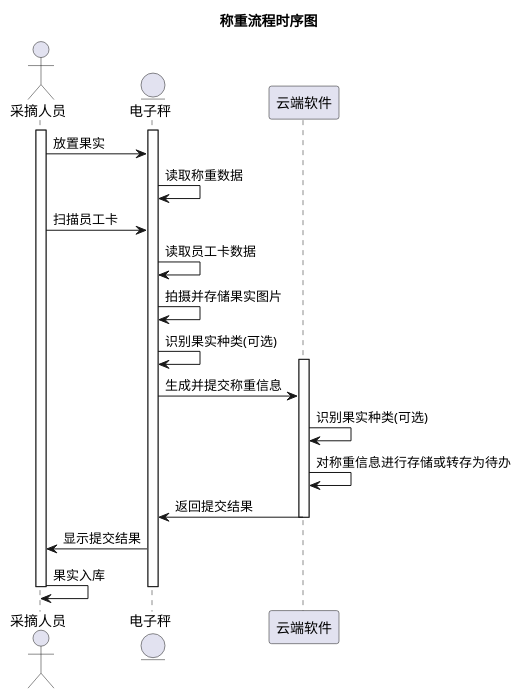
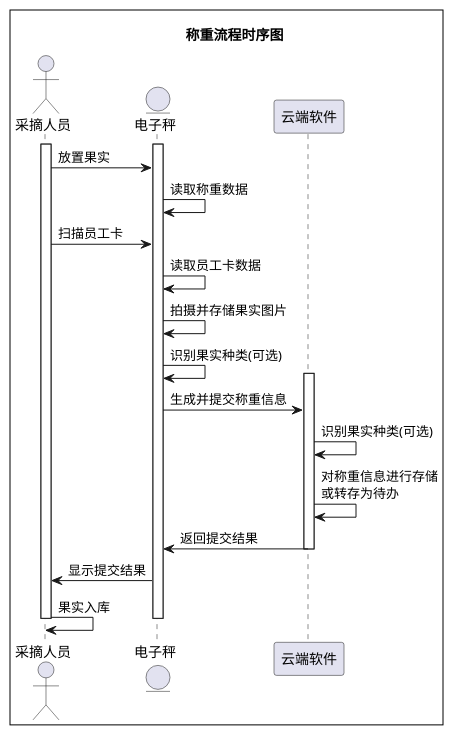
Before and after one commit to akynazh/aws: the diagram in design/称重流程时序图.puml, drawn with PlantUML. The commit also changed 26 other files, not shown here.

```diff
--- a/design/称重流程时序图.puml
+++ b/design/称重流程时序图.puml
@@ -1,26 +1,32 @@
 @startuml 称重流程时序图
+
+skinparam Diagram {
+  BorderColor black
+  BorderThickness 1
+}
+
 title 称重流程时序图
 
 actor 采摘人员 as staff
 entity 电子秤 as scale
 participant 云端软件 as server
 
 activate staff
 activate scale
 staff->scale: 放置果实
 scale->scale: 读取称重数据
 staff->scale: 扫描员工卡
 scale->scale: 读取员工卡数据
 scale->scale: 拍摄并存储果实图片
 scale->scale: 识别果实种类(可选)
 activate server
 scale->server: 生成并提交称重信息
 server->server: 识别果实种类(可选)
-server->server: 对称重信息进行存储或转存为待办
+server->server: 对称重信息进行存储\n或转存为待办
 server->scale: 返回提交结果
 deactivate server
 scale->staff: 显示提交结果
 staff->staff: 果实入库
 deactivate scale
 deactivate staff
 @enduml
```
